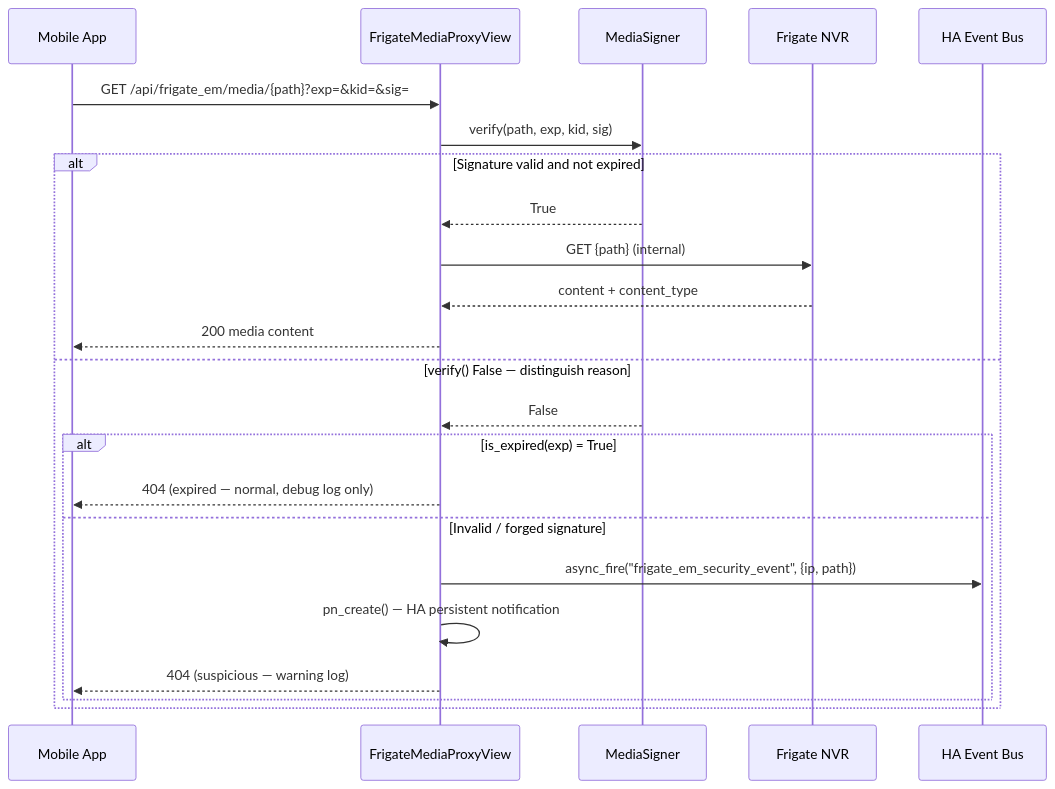
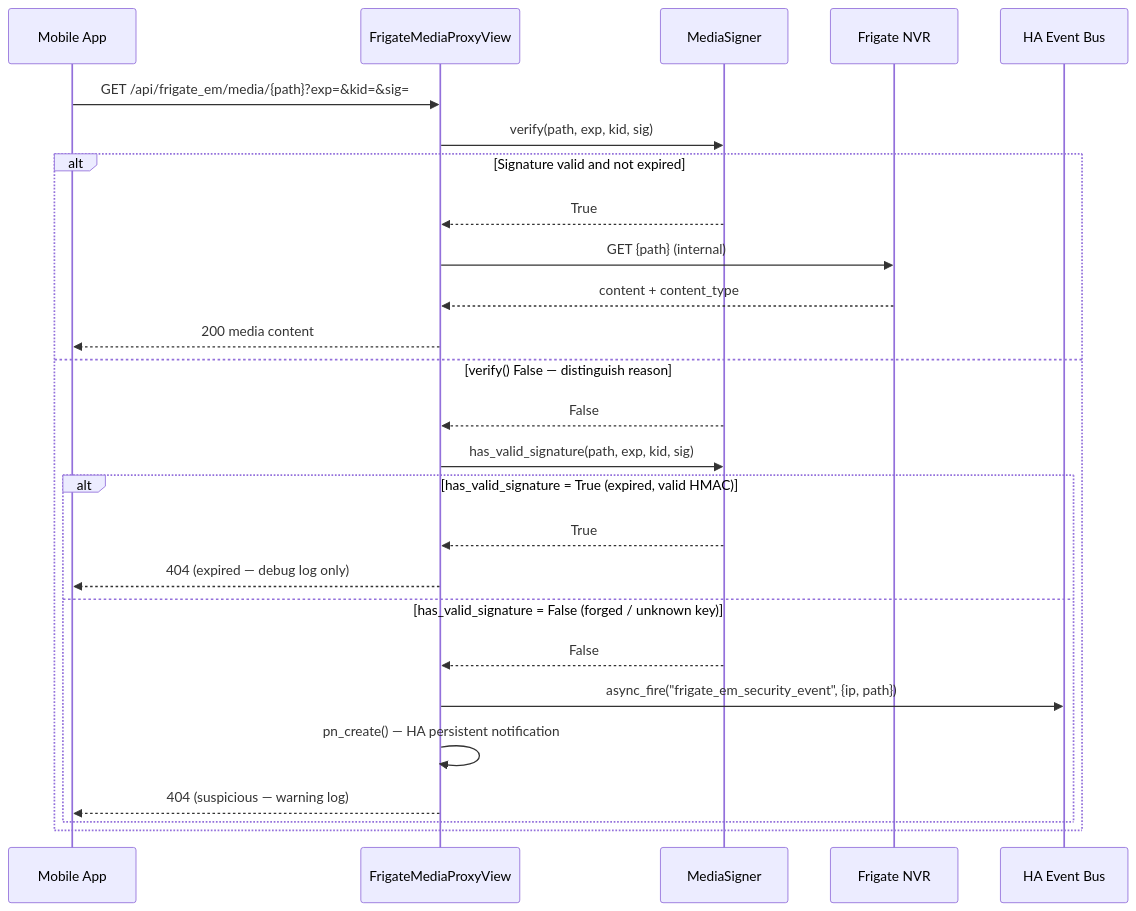
Before and after one commit to trowaflo/frigate-event-manager: the sixth of 6 diagrams in docs/architecture.md, drawn with Mermaid. The commit also changed 5 other files, not shown here.

Commit message:
feat: add has_valid_signature to distinguish forged from expired URLs

````diff
--- a/docs/architecture.md
+++ b/docs/architecture.md
@@ -185,27 +185,30 @@
 ```mermaid
 sequenceDiagram
     participant App as Mobile App
     participant Proxy as FrigateMediaProxyView
     participant Signer as MediaSigner
     participant Frigate as Frigate NVR
     participant Bus as HA Event Bus
 
     App->>Proxy: GET /api/frigate_em/media/{path}?exp=&kid=&sig=
     Proxy->>Signer: verify(path, exp, kid, sig)
 
     alt Signature valid and not expired
         Signer-->>Proxy: True
         Proxy->>Frigate: GET {path} (internal)
         Frigate-->>Proxy: content + content_type
         Proxy-->>App: 200 media content
     else verify() False — distinguish reason
         Signer-->>Proxy: False
-        alt is_expired(exp) = True
-            Proxy-->>App: 404 (expired — normal, debug log only)
-        else Invalid / forged signature
+        Proxy->>Signer: has_valid_signature(path, exp, kid, sig)
+        alt has_valid_signature = True (expired, valid HMAC)
+            Signer-->>Proxy: True
+            Proxy-->>App: 404 (expired — debug log only)
+        else has_valid_signature = False (forged / unknown key)
+            Signer-->>Proxy: False
             Proxy->>Bus: async_fire("frigate_em_security_event", {ip, path})
             Proxy->>Proxy: pn_create() — HA persistent notification
             Proxy-->>App: 404 (suspicious — warning log)
         end
     end
 ```
````
